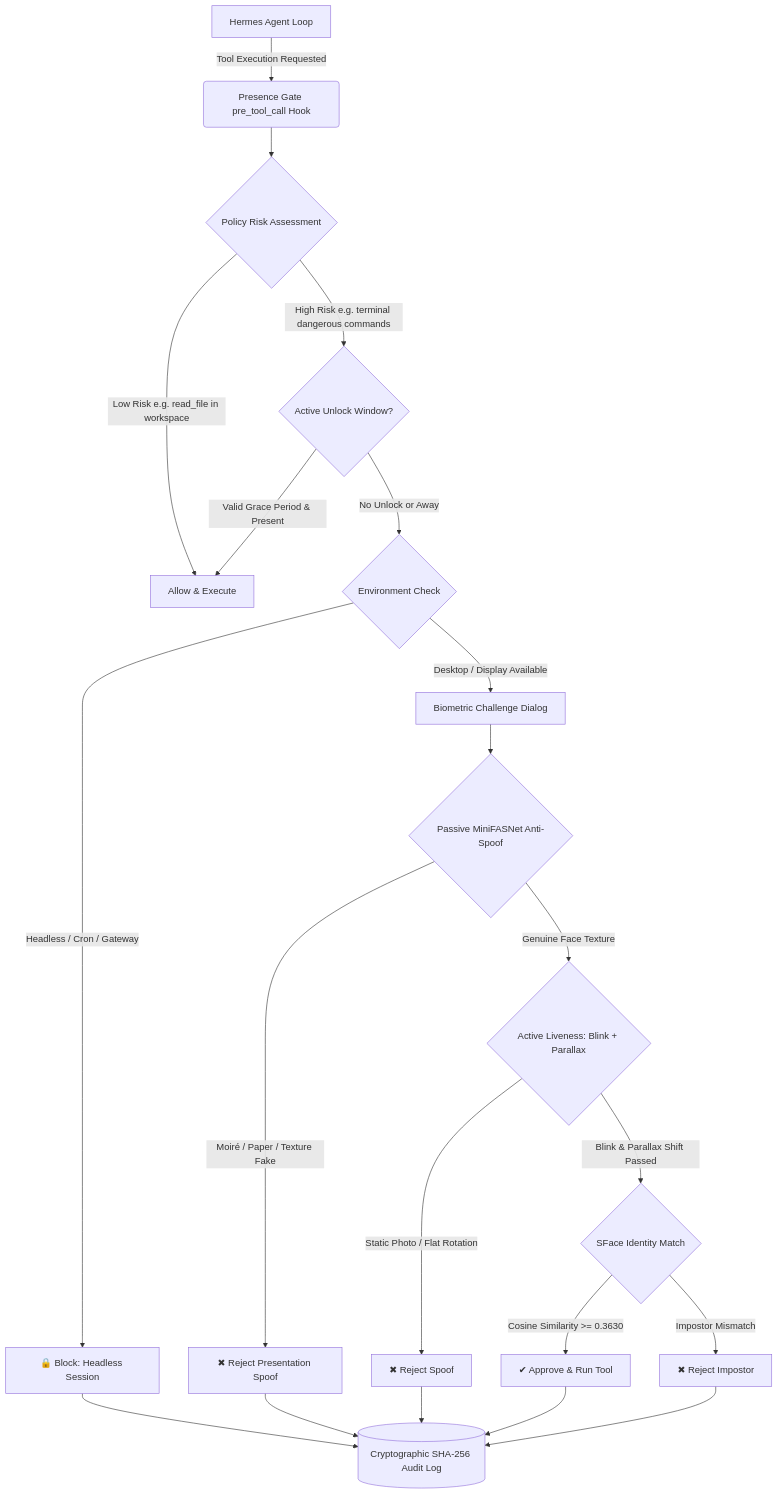
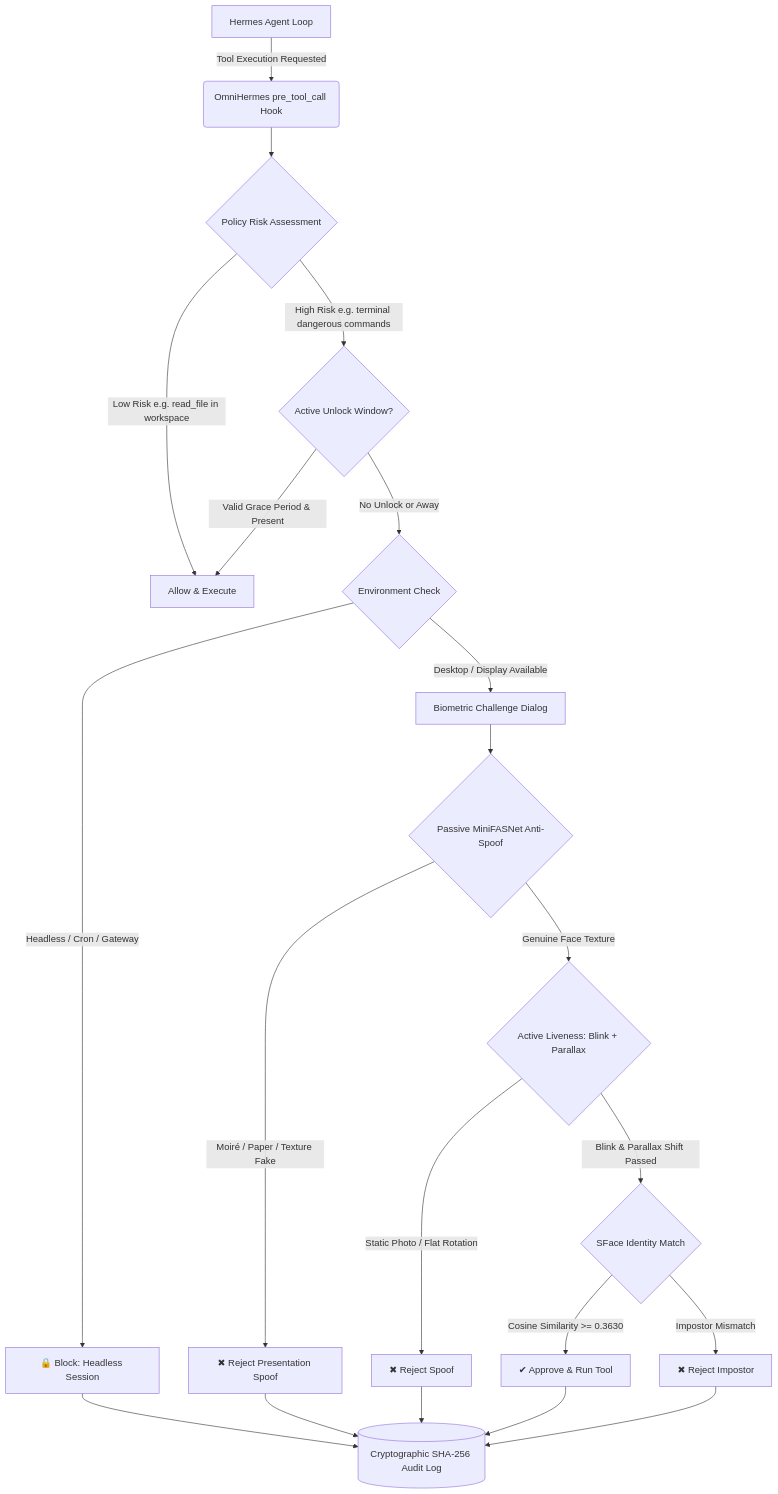
Before and after one commit to DataGuy-Eterniti/OmniHermes: the diagram in README.md, drawn with Mermaid. The commit also changed other lines of this file and 29 other files, not shown here.

Commit message:
Complete OmniHermes refactor, slash commands, fail-closed hardening and module isolation

````diff
--- a/README.md
+++ b/README.md
@@ -14,19 +14,19 @@
 ```mermaid
 flowchart TD
-    A[Hermes Agent Loop] -->|Tool Execution Requested| B(Presence Gate pre_tool_call Hook)
+    A[Hermes Agent Loop] -->|Tool Execution Requested| B(OmniHermes pre_tool_call Hook)
     B --> C{Policy Risk Assessment}
     C -->|Low Risk e.g. read_file in workspace| D[Allow & Execute]
     C -->|High Risk e.g. terminal dangerous commands| E{Active Unlock Window?}
     E -->|Valid Grace Period & Present| D
     E -->|No Unlock or Away| F{Environment Check}
     F -->|Headless / Cron / Gateway| G[🔒 Block: Headless Session]
     F -->|Desktop / Display Available| H[Biometric Challenge Dialog]
     H --> I{Passive MiniFASNet Anti-Spoof}
     I -->|Moiré / Paper / Texture Fake| J[✖ Reject Presentation Spoof]
     I -->|Genuine Face Texture| K{Active Liveness: Blink + Parallax}
     K -->|Static Photo / Flat Rotation| L[✖ Reject Spoof]
     K -->|Blink & Parallax Shift Passed| M{SFace Identity Match}
     M -->|Cosine Similarity >= 0.3630| N[✔ Approve & Run Tool]
     M -->|Impostor Mismatch| O[✖ Reject Impostor]
     G & J & L & N & O --> P[(Cryptographic SHA-256 Audit Log)]
 ```
````
